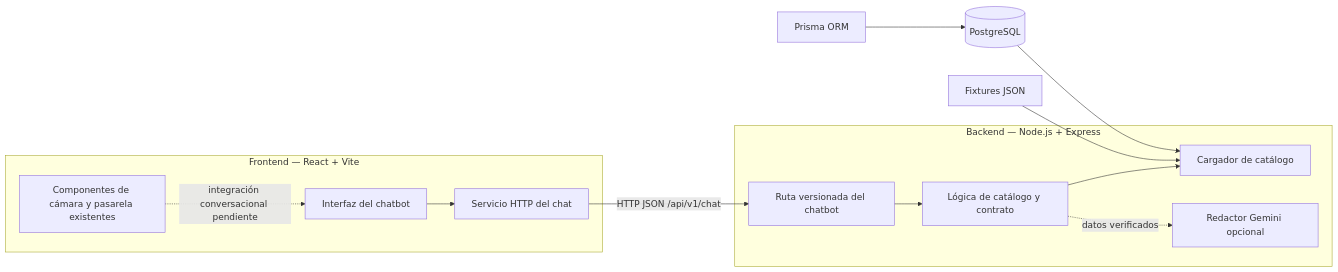
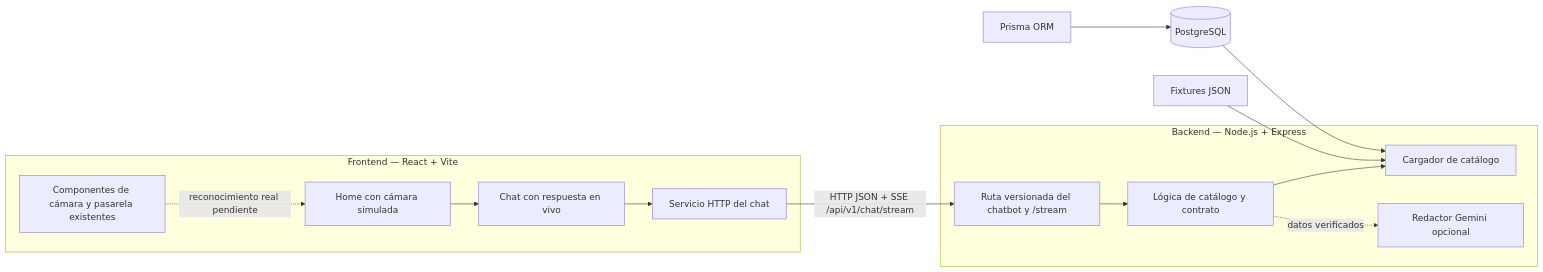
Before and after one commit to Migui777/FashionIA: the second of 3 diagrams in docs/presentacion-proyecto.md, drawn with Mermaid. The commit also changed other lines of this file and 5 other files, not shown here.

````diff
--- a/docs/presentacion-proyecto.md
+++ b/docs/presentacion-proyecto.md
@@ -91,25 +96,27 @@
 ```mermaid
 flowchart LR
     subgraph Frontend["Frontend — React + Vite"]
-        CHAT[Interfaz del chatbot]
+        HOMEP[Home con cámara simulada]
+        CHAT[Chat con respuesta en vivo]
         SERVICE[Servicio HTTP del chat]
         AR[Componentes de cámara y pasarela existentes]
+        HOMEP --> CHAT
         CHAT --> SERVICE
     end
 
     subgraph Backend["Backend — Node.js + Express"]
-        ROUTE[Ruta versionada del chatbot]
+        ROUTE[Ruta versionada del chatbot y /stream]
         HANDLER[Lógica de catálogo y contrato]
         LOADER[Cargador de catálogo]
         WRITER[Redactor Gemini opcional]
         ROUTE --> HANDLER
         HANDLER --> LOADER
         HANDLER -. datos verificados .-> WRITER
     end
 
     MOCK[Fixtures JSON] --> LOADER
     PRISMA[Prisma ORM] --> PG[(PostgreSQL)]
     PG --> LOADER
-    SERVICE -->|HTTP JSON /api/v1/chat| ROUTE
-    AR -. integración conversacional pendiente .-> CHAT
+    SERVICE -->|HTTP JSON + SSE /api/v1/chat/stream| ROUTE
+    AR -. reconocimiento real pendiente .-> HOMEP
 ```
````
